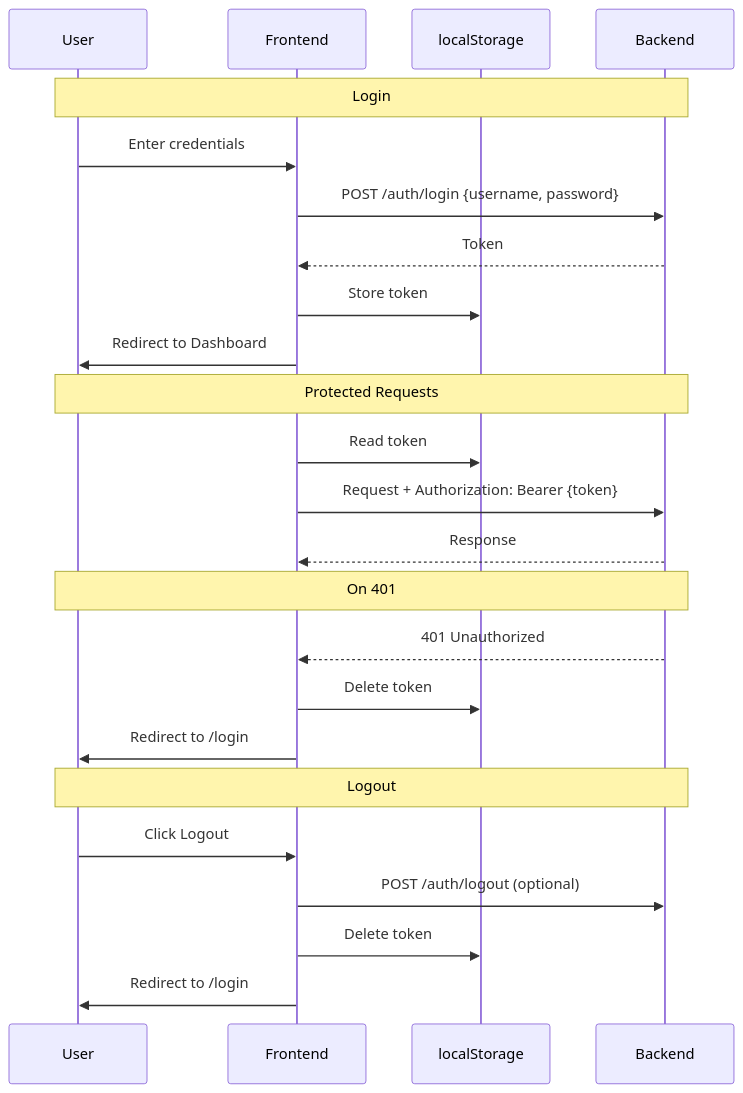
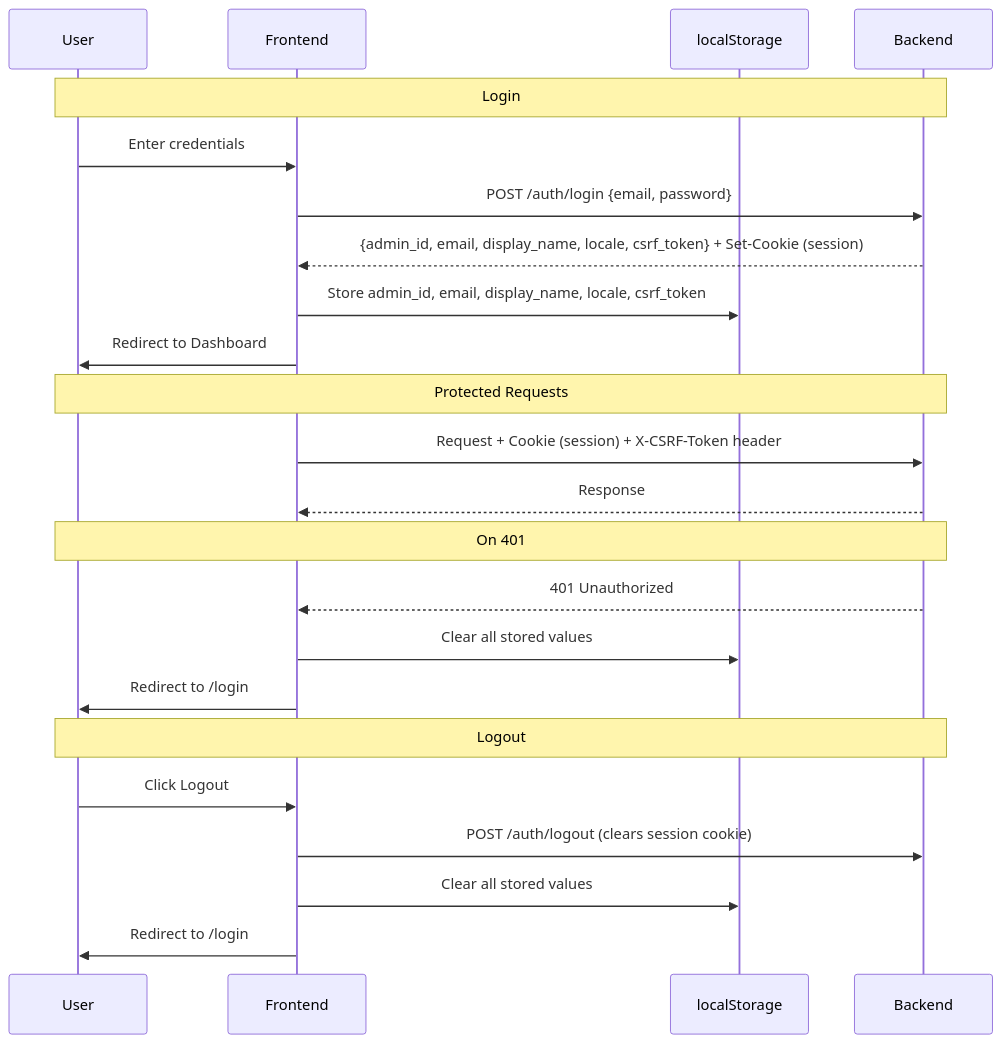
One commit to dgloeckner/clubbar changed the second of 2 diagrams in admin-frontend/technologies.md. Above: the diagram before and after it, drawn with Mermaid. The commit also changed other lines of this file, not shown here.

Commit message:
docs(technologies): update to reflect orval generated client and cookie-based auth

````diff
--- a/admin-frontend/technologies.md
+++ b/admin-frontend/technologies.md
@@ -100,30 +120,29 @@
 ```mermaid
 sequenceDiagram
     participant U as User
     participant F as Frontend
     participant S as localStorage
     participant B as Backend
 
     Note over U,B: Login
     U->>F: Enter credentials
-    F->>B: POST /auth/login {username, password}
-    B-->>F: Token
-    F->>S: Store token
+    F->>B: POST /auth/login {email, password}
+    B-->>F: {admin_id, email, display_name, locale, csrf_token} + Set-Cookie (session)
+    F->>S: Store admin_id, email, display_name, locale, csrf_token
     F->>U: Redirect to Dashboard
 
     Note over U,B: Protected Requests
-    F->>S: Read token
-    F->>B: Request + Authorization: Bearer {token}
+    F->>B: Request + Cookie (session) + X-CSRF-Token header
     B-->>F: Response
 
     Note over U,B: On 401
     B-->>F: 401 Unauthorized
-    F->>S: Delete token
+    F->>S: Clear all stored values
     F->>U: Redirect to /login
 
     Note over U,B: Logout
     U->>F: Click Logout
-    F->>B: POST /auth/logout (optional)
-    F->>S: Delete token
+    F->>B: POST /auth/logout (clears session cookie)
+    F->>S: Clear all stored values
     F->>U: Redirect to /login
 ```
````
